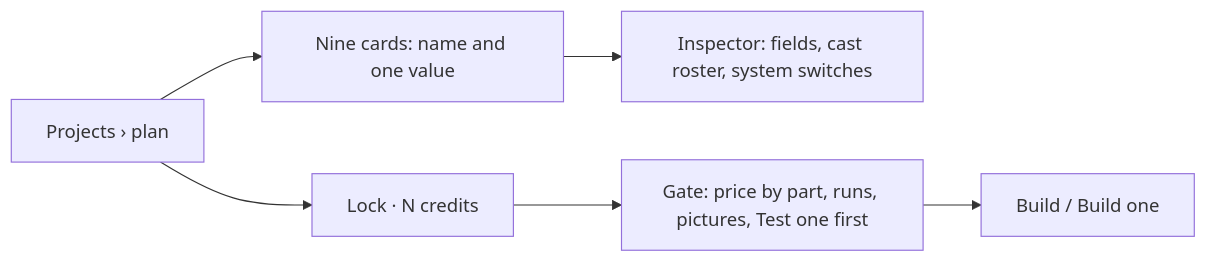
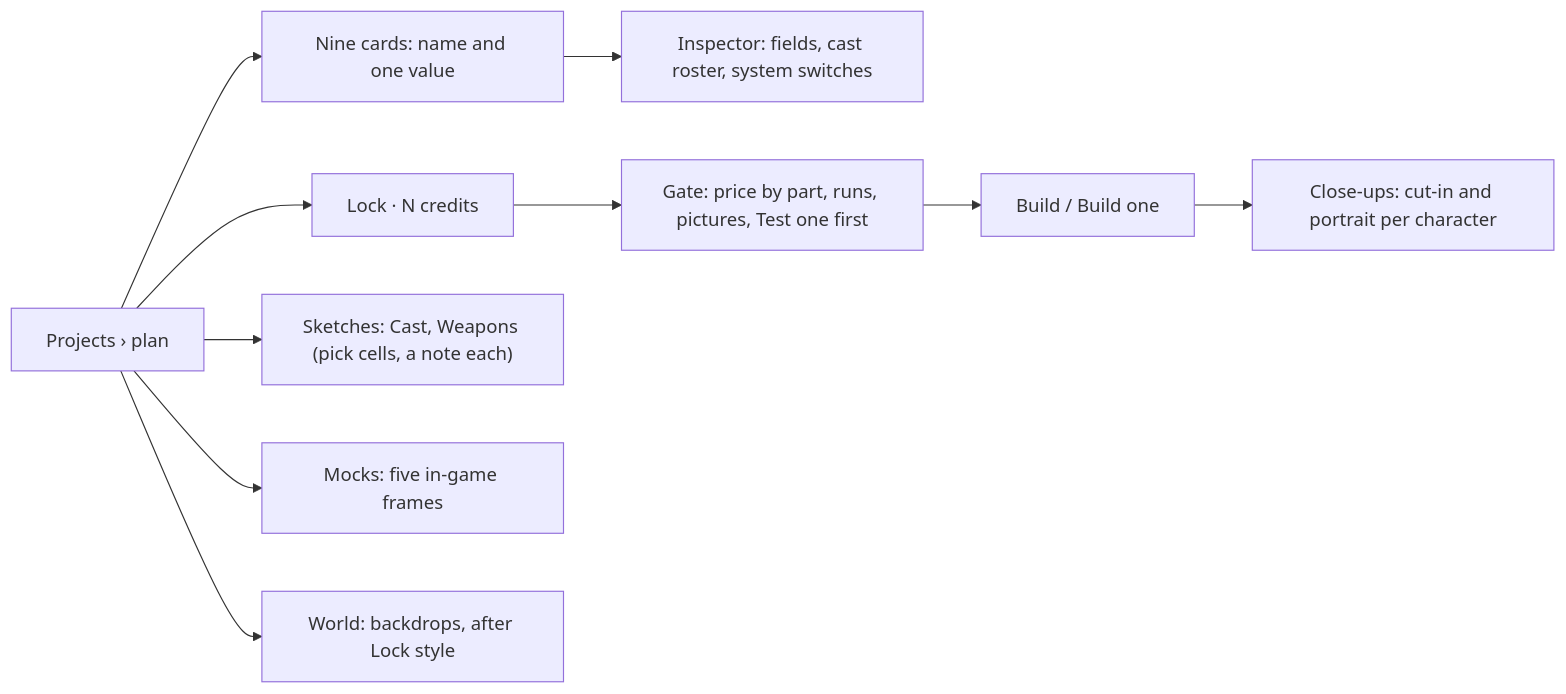
The sixth of 25 diagrams in docs/ux/SITEMAP.md (Pukujan/swarm-studio), drawn with Mermaid before and after one commit. The commit also changed 10 other files, not shown here.

First line of the commit message:
Plan board: sketch sheets, mocks, style lock, backdrops, close-up art (spec 21, b and b2)

````diff
--- a/docs/ux/SITEMAP.md
+++ b/docs/ux/SITEMAP.md
@@ -176,8 +176,12 @@
 ```mermaid
 flowchart LR
   PB["Projects › plan"] --> CARDS["Nine cards: name and one value"]
   CARDS --> INS["Inspector: fields, cast roster, system switches"]
   PB --> LOCK["Lock · N credits"]
   LOCK --> GATE["Gate: price by part, runs, pictures, Test one first"]
   GATE --> BUILD["Build / Build one"]
+  PB --> SK["Sketches: Cast, Weapons (pick cells, a note each)"]
+  PB --> MK["Mocks: five in-game frames"]
+  PB --> WD["World: backdrops, after Lock style"]
+  BUILD --> CU["Close-ups: cut-in and portrait per character"]
 ```
````
